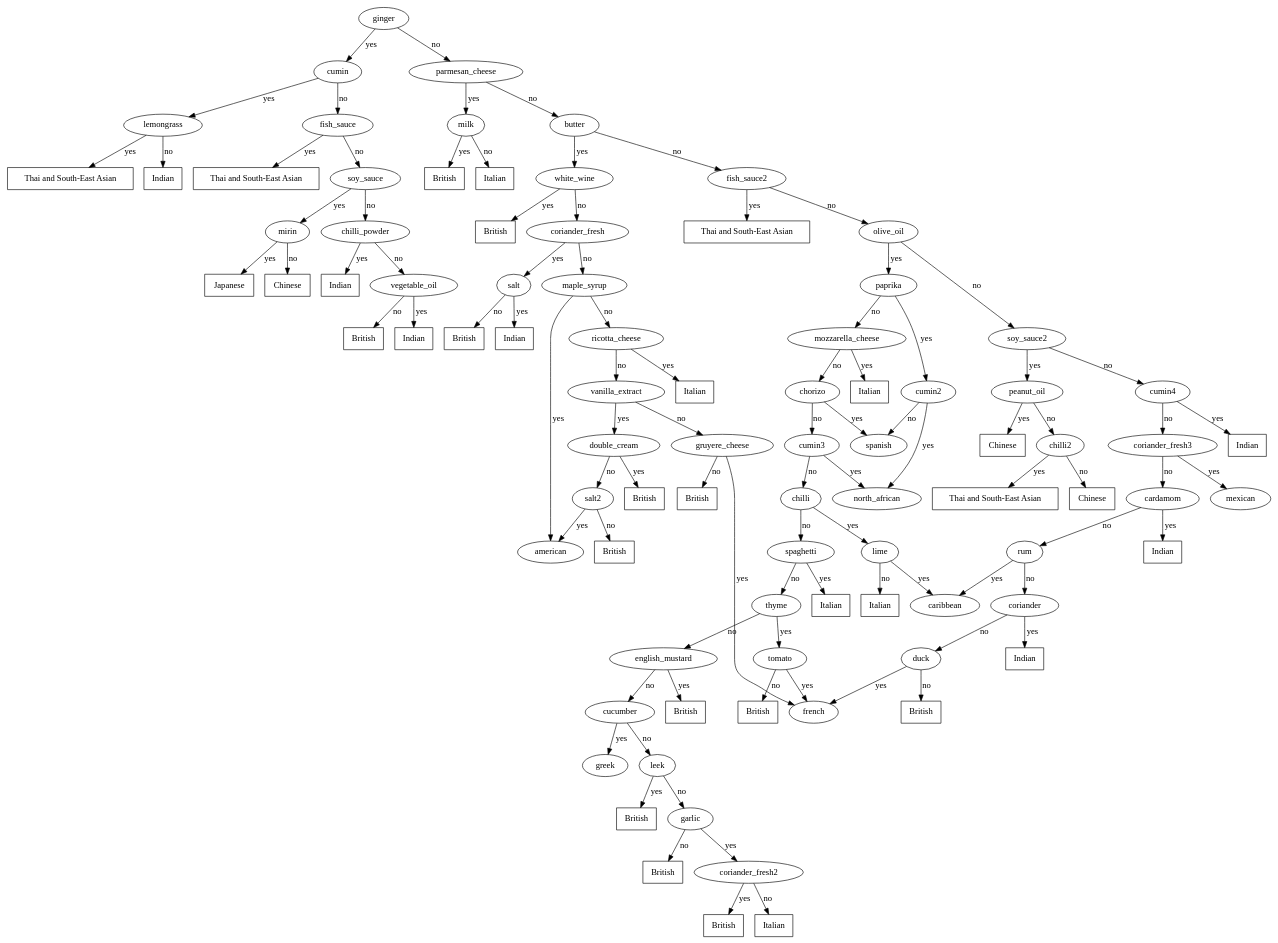
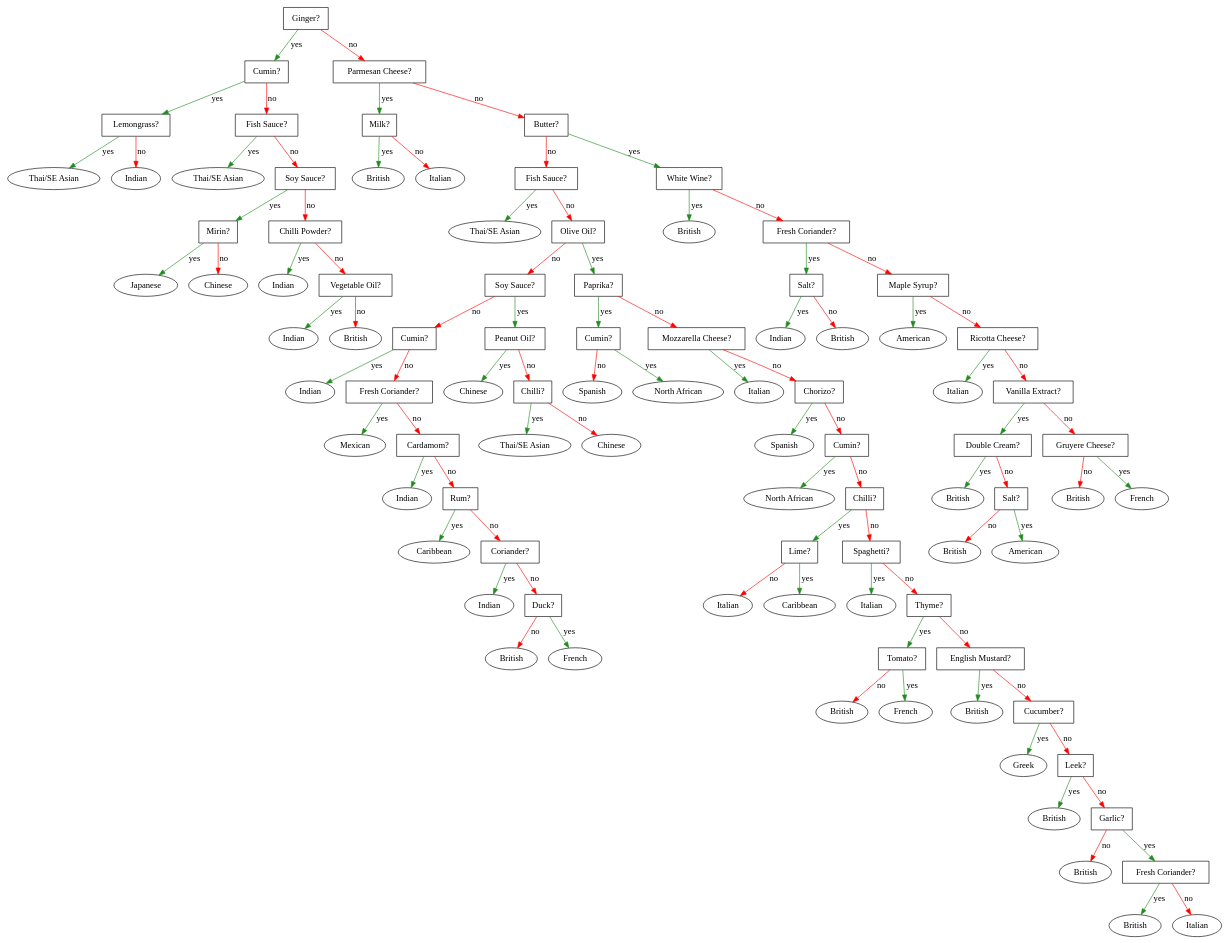
Before and after one commit to avengerpenguin/bbc-food-mining: the diagram in src/dot/cart.dot, drawn with Graphviz. The commit also changed 1 other file, not shown here.

Commit message:
Included CART decision tree output graph in document, but the placement needs sorting.

```diff
--- a/src/dot/cart.dot
+++ b/src/dot/cart.dot
@@ -1,135 +1,202 @@
 digraph tree {
 
-thai_and_south_east_asian01 [label="Thai and South-East Asian",shape=rectangle]
-thai_and_south_east_asian02 [label="Thai and South-East Asian",shape=rectangle]
-thai_and_south_east_asian03 [label="Thai and South-East Asian",shape=rectangle]
-thai_and_south_east_asian04 [label="Thai and South-East Asian",shape=rectangle]
+thai_and_south_east_asian01 [label="Thai/SE Asian",shape=oval]
+thai_and_south_east_asian02 [label="Thai/SE Asian",shape=oval]
+thai_and_south_east_asian03 [label="Thai/SE Asian",shape=oval]
+thai_and_south_east_asian04 [label="Thai/SE Asian",shape=oval]
 
-indian01 [label="Indian",shape=rectangle]
-indian02 [label="Indian",shape=rectangle]
-indian03 [label="Indian",shape=rectangle]
-indian04 [label="Indian",shape=rectangle]
-indian05 [label="Indian",shape=rectangle]
-indian06 [label="Indian",shape=rectangle]
-indian07 [label="Indian",shape=rectangle]
+indian01 [label="Indian",shape=oval]
+indian02 [label="Indian",shape=oval]
+indian03 [label="Indian",shape=oval]
+indian04 [label="Indian",shape=oval]
+indian05 [label="Indian",shape=oval]
+indian06 [label="Indian",shape=oval]
+indian07 [label="Indian",shape=oval]
 
-japanese [label=Japanese,shape=rectangle]
+japanese [label=Japanese,shape=oval]
 
-chinese01 [label=Chinese,shape=rectangle]
-chinese02 [label=Chinese,shape=rectangle]
-chinese03 [label=Chinese,shape=rectangle]
+greek [label=Greek,shape=oval]
 
-british01 [label=British,shape=rectangle]
-british02 [label=British,shape=rectangle]
-british03 [label=British,shape=rectangle]
-british04 [label=British,shape=rectangle]
-british05 [label=British,shape=rectangle]
-british06 [label=British,shape=rectangle]
-british07 [label=British,shape=rectangle]
-british08 [label=British,shape=rectangle]
-british09 [label=British,shape=rectangle]
-british10 [label=British,shape=rectangle]
-british11 [label=British,shape=rectangle]
-british12 [label=British,shape=rectangle]
-british13 [label=British,shape=rectangle]
+mexican [label=Mexican,shape=oval]
 
-italian01 [label=Italian,shape=rectangle]
-italian02 [label=Italian,shape=rectangle]
-italian03 [label=Italian,shape=rectangle]
-italian04 [label=Italian,shape=rectangle]
-italian05 [label=Italian,shape=rectangle]
-italian06 [label=Italian,shape=rectangle]
+chinese01 [label=Chinese,shape=oval]
+chinese02 [label=Chinese,shape=oval]
+chinese03 [label=Chinese,shape=oval]
 
-ginger -> cumin [label=yes]
-  cumin -> lemongrass [label=yes]
-    lemongrass -> thai_and_south_east_asian01 [label=yes]
-    lemongrass -> indian01 [label=no]
-  cumin -> fish_sauce [label=no]
-    fish_sauce -> thai_and_south_east_asian02 [label=yes]
-    fish_sauce -> soy_sauce [label=no]
-      soy_sauce -> mirin [label=yes]
-        mirin -> japanese [label=yes]
-        mirin -> chinese01 [label=no]
-      soy_sauce -> chilli_powder [label=no]
-        chilli_powder -> indian02 [label=yes]
-        chilli_powder -> vegetable_oil [label=no]
-          vegetable_oil -> indian03 [label=yes]
-          vegetable_oil -> british01 [label=no]
-ginger -> parmesan_cheese [label=no]
-  parmesan_cheese -> milk [label=yes]
-    milk -> british02 [label=yes]
-    milk -> italian01 [label=no]
-  parmesan_cheese -> butter [label=no]
-    butter -> white_wine [label=yes]
-      white_wine -> british03 [label=yes]
-      white_wine -> coriander_fresh [label=no]
-        coriander_fresh -> salt [label=yes]
-          salt -> indian04 [label=yes]
-          salt -> british04 [label=no]
-        coriander_fresh -> maple_syrup [label=no]
-          maple_syrup -> american [label=yes]
-          maple_syrup -> ricotta_cheese [label=no]
-            ricotta_cheese -> italian02 [label=yes]
-            ricotta_cheese -> vanilla_extract [label=no]
-              vanilla_extract -> double_cream [label=yes]
-                double_cream -> british05 [label=yes]
-                double_cream -> salt2 [label=no]
-                  salt2 -> american [label=yes]
-                  salt2 -> british06 [label=no]
-              vanilla_extract -> gruyere_cheese [label=no]
-                gruyere_cheese -> french [label=yes]
-                gruyere_cheese -> british07 [label=no]
-    butter -> fish_sauce2 [label=no]
-      fish_sauce2 -> thai_and_south_east_asian03 [label=yes]
-      fish_sauce2 -> olive_oil [label=no]
-        olive_oil -> paprika [label=yes]
-          paprika -> cumin2 [label=yes]
-            cumin2 -> north_african [label=yes]
-            cumin2 -> spanish [label=no]
-          paprika -> mozzarella_cheese [label=no]
-            mozzarella_cheese -> italian03 [label=yes]
-            mozzarella_cheese -> chorizo [label=no]
-              chorizo -> spanish [label=yes]
-              chorizo -> cumin3 [label=no]
-                cumin3 -> north_african [label=yes]
-                cumin3 -> chilli [label=no]
-                  chilli -> lime [label=yes]
-                    lime -> caribbean [label=yes]
-                    lime -> italian04 [label=no]
-                  chilli -> spaghetti [label=no]
-                    spaghetti -> italian05 [label=yes]
-                    spaghetti -> thyme [label=no]
-                      thyme -> tomato [label=yes]
-                        tomato -> french [label=yes]
-                        tomato -> british08 [label=no]
-                      thyme -> english_mustard [label=no]
-                        english_mustard -> british09 [label=yes]
-                        english_mustard -> cucumber [label=no]
-                          cucumber -> greek [label=yes]
-                          cucumber -> leek [label=no]
-                            leek -> british10 [label=yes]
-                            leek -> garlic [label=no]
-                              garlic -> coriander_fresh2 [label=yes]
-                                coriander_fresh2 -> british11 [label=yes]
-                                coriander_fresh2 -> italian06 [label=no]
-                              garlic -> british12 [label=no]
-        olive_oil -> soy_sauce2 [label=no]
-          soy_sauce2 -> peanut_oil [label=yes]
-            peanut_oil -> chinese02 [label=yes]
-            peanut_oil -> chilli2 [label=no]
-              chilli2 -> thai_and_south_east_asian04 [label=yes]
-              chilli2 -> chinese03 [label=no]
-          soy_sauce2 -> cumin4 [label=no]
-            cumin4 -> indian05 [label=yes]
-            cumin4 -> coriander_fresh3 [label=no]
-              coriander_fresh3 -> mexican [label=yes]
-              coriander_fresh3 -> cardamom [label=no]
-                cardamom -> indian06[label=yes]
-                cardamom -> rum [label=no]
-                  rum -> caribbean [label=yes]
-                  rum -> coriander [label=no]
-                    coriander -> indian07 [label=yes]
-                    coriander -> duck [label=no]
-                      duck -> french [label=yes]
-                      duck -> british13 [label=no]
+british01 [label=British,shape=oval]
+british02 [label=British,shape=oval]
+british03 [label=British,shape=oval]
+british04 [label=British,shape=oval]
+british05 [label=British,shape=oval]
+british06 [label=British,shape=oval]
+british07 [label=British,shape=oval]
+british08 [label=British,shape=oval]
+british09 [label=British,shape=oval]
+british10 [label=British,shape=oval]
+british11 [label=British,shape=oval]
+british12 [label=British,shape=oval]
+british13 [label=British,shape=oval]
+
+italian01 [label=Italian,shape=oval]
+italian02 [label=Italian,shape=oval]
+italian03 [label=Italian,shape=oval]
+italian04 [label=Italian,shape=oval]
+italian05 [label=Italian,shape=oval]
+italian06 [label=Italian,shape=oval]
+
+french01 [label=French,shape=oval]
+french02 [label=French,shape=oval]
+french03 [label=French,shape=oval]
+
+american01 [label=American,shape=oval]
+american02 [label=American,shape=oval]
+
+caribbean01 [label=Caribbean,shape=oval]
+caribbean02 [label=Caribbean,shape=oval]
+
+spanish01 [label=Spanish,shape=oval]
+spanish02 [label=Spanish,shape=oval]
+
+north_african01 [label="North African",shape=oval]
+north_african02 [label="North African",shape=oval]
+
+cumin [label="Cumin?",shape=rectangle]
+cumin2 [label="Cumin?",shape=rectangle]
+cumin3 [label="Cumin?",shape=rectangle]
+cumin4 [label="Cumin?",shape=rectangle]
+ginger [label="Ginger?",shape=rectangle]
+lemongrass [label="Lemongrass?",shape=rectangle]
+fish_sauce [label="Fish Sauce?",shape=rectangle]
+fish_sauce2 [label="Fish Sauce?",shape=rectangle]
+soy_sauce [label="Soy Sauce?",shape=rectangle]
+soy_sauce2 [label="Soy Sauce?",shape=rectangle]
+mirin [label="Mirin?",shape=rectangle]
+chilli_powder [label="Chilli Powder?",shape=rectangle]
+vegetable_oil [label="Vegetable Oil?",shape=rectangle]
+parmesan_cheese [label="Parmesan Cheese?",shape=rectangle]
+milk [label="Milk?",shape=rectangle]
+butter [label="Butter?",shape=rectangle]
+white_wine [label="White Wine?",shape=rectangle]
+coriander_fresh [label="Fresh Coriander?",shape=rectangle]
+coriander_fresh2 [label="Fresh Coriander?",shape=rectangle]
+coriander_fresh3 [label="Fresh Coriander?",shape=rectangle]
+salt [label="Salt?",shape=rectangle]
+salt2 [label="Salt?",shape=rectangle]
+maple_syrup [label="Maple Syrup?",shape=rectangle]
+ricotta_cheese [label="Ricotta Cheese?",shape=rectangle]
+vanilla_extract [label="Vanilla Extract?",shape=rectangle]
+double_cream [label="Double Cream?",shape=rectangle]
+gruyere_cheese [label="Gruyere Cheese?",shape=rectangle]
+olive_oil [label="Olive Oil?",shape=rectangle]
+paprika [label="Paprika?",shape=rectangle]
+mozzarella_cheese [label="Mozzarella Cheese?",shape=rectangle]
+chorizo [label="Chorizo?",shape=rectangle]
+chilli [label="Chilli?",shape=rectangle]
+chilli2 [label="Chilli?",shape=rectangle]
+lime [label="Lime?",shape=rectangle]
+spaghetti [label="Spaghetti?",shape=rectangle]
+thyme [label="Thyme?",shape=rectangle]
+tomato [label="Tomato?",shape=rectangle]
+english_mustard [label="English Mustard?",shape=rectangle]
+cucumber [label="Cucumber?",shape=rectangle]
+leek [label="Leek?",shape=rectangle]
+garlic [label="Garlic?",shape=rectangle]
+peanut_oil [label="Peanut Oil?",shape=rectangle]
+rum [label="Rum?",shape=rectangle]
+coriander [label="Coriander?",shape=rectangle]
+cardamom [label="Cardamom?",shape=rectangle]
+duck [label="Duck?",shape=rectangle]
+
+ginger -> cumin [label=yes,color=forestgreen]
+  cumin -> lemongrass [label=yes,color=forestgreen]
+    lemongrass -> thai_and_south_east_asian01 [label=yes,color=forestgreen]
+    lemongrass -> indian01 [label=no,color=red]
+  cumin -> fish_sauce [label=no,color=red]
+    fish_sauce -> thai_and_south_east_asian02 [label=yes,color=forestgreen]
+    fish_sauce -> soy_sauce [label=no,color=red]
+      soy_sauce -> mirin [label=yes,color=forestgreen]
+        mirin -> japanese [label=yes,color=forestgreen]
+        mirin -> chinese01 [label=no,color=red]
+      soy_sauce -> chilli_powder [label=no,color=red]
+        chilli_powder -> indian02 [label=yes,color=forestgreen]
+        chilli_powder -> vegetable_oil [label=no,color=red]
+          vegetable_oil -> indian03 [label=yes,color=forestgreen]
+          vegetable_oil -> british01 [label=no,color=red]
+ginger -> parmesan_cheese [label=no,color=red]
+  parmesan_cheese -> milk [label=yes,color=forestgreen]
+    milk -> british02 [label=yes,color=forestgreen]
+    milk -> italian01 [label=no,color=red]
+  parmesan_cheese -> butter [label=no,color=red]
+    butter -> white_wine [label=yes,color=forestgreen]
+      white_wine -> british03 [label=yes,color=forestgreen]
+      white_wine -> coriander_fresh [label=no,color=red]
+        coriander_fresh -> salt [label=yes,color=forestgreen]
+          salt -> indian04 [label=yes,color=forestgreen]
+          salt -> british04 [label=no,color=red]
+        coriander_fresh -> maple_syrup [label=no,color=red]
+          maple_syrup -> american01 [label=yes,color=forestgreen]
+          maple_syrup -> ricotta_cheese [label=no,color=red]
+            ricotta_cheese -> italian02 [label=yes,color=forestgreen]
+            ricotta_cheese -> vanilla_extract [label=no,color=red]
+              vanilla_extract -> double_cream [label=yes,color=forestgreen]
+                double_cream -> british05 [label=yes,color=forestgreen]
+                double_cream -> salt2 [label=no,color=red]
+                  salt2 -> american02 [label=yes,color=forestgreen]
+                  salt2 -> british06 [label=no,color=red]
+              vanilla_extract -> gruyere_cheese [label=no,color=red]
+                gruyere_cheese -> french01 [label=yes,color=forestgreen]
+                gruyere_cheese -> british07 [label=no,color=red]
+    butter -> fish_sauce2 [label=no,color=red]
+      fish_sauce2 -> thai_and_south_east_asian03 [label=yes,color=forestgreen]
+      fish_sauce2 -> olive_oil [label=no,color=red]
+        olive_oil -> paprika [label=yes,color=forestgreen]
+          paprika -> cumin2 [label=yes,color=forestgreen]
+            cumin2 -> north_african01 [label=yes,color=forestgreen]
+            cumin2 -> spanish01 [label=no,color=red]
+          paprika -> mozzarella_cheese [label=no,color=red]
+            mozzarella_cheese -> italian03 [label=yes,color=forestgreen]
+            mozzarella_cheese -> chorizo [label=no,color=red]
+              chorizo -> spanish02 [label=yes,color=forestgreen]
+              chorizo -> cumin3 [label=no,color=red]
+                cumin3 -> north_african02 [label=yes,color=forestgreen]
+                cumin3 -> chilli [label=no,color=red]
+                  chilli -> lime [label=yes,color=forestgreen]
+                    lime -> caribbean01 [label=yes,color=forestgreen]
+                    lime -> italian04 [label=no,color=red]
+                  chilli -> spaghetti [label=no,color=red]
+                    spaghetti -> italian05 [label=yes,color=forestgreen]
+                    spaghetti -> thyme [label=no,color=red]
+                      thyme -> tomato [label=yes,color=forestgreen]
+                        tomato -> french02 [label=yes,color=forestgreen]
+                        tomato -> british08 [label=no,color=red]
+                      thyme -> english_mustard [label=no,color=red]
+                        english_mustard -> british09 [label=yes,color=forestgreen]
+                        english_mustard -> cucumber [label=no,color=red]
+                          cucumber -> greek [label=yes,color=forestgreen]
+                          cucumber -> leek [label=no,color=red]
+                            leek -> british10 [label=yes,color=forestgreen]
+                            leek -> garlic [label=no,color=red]
+                              garlic -> coriander_fresh2 [label=yes,color=forestgreen]
+                                coriander_fresh2 -> british11 [label=yes,color=forestgreen]
+                                coriander_fresh2 -> italian06 [label=no,color=red]
+                              garlic -> british12 [label=no,color=red]
+        olive_oil -> soy_sauce2 [label=no,color=red]
+          soy_sauce2 -> peanut_oil [label=yes,color=forestgreen]
+            peanut_oil -> chinese02 [label=yes,color=forestgreen]
+            peanut_oil -> chilli2 [label=no,color=red]
+              chilli2 -> thai_and_south_east_asian04 [label=yes,color=forestgreen]
+              chilli2 -> chinese03 [label=no,color=red]
+          soy_sauce2 -> cumin4 [label=no,color=red]
+            cumin4 -> indian05 [label=yes,color=forestgreen]
+            cumin4 -> coriander_fresh3 [label=no,color=red]
+              coriander_fresh3 -> mexican [label=yes,color=forestgreen]
+              coriander_fresh3 -> cardamom [label=no,color=red]
+                cardamom -> indian06[label=yes,color=forestgreen]
+                cardamom -> rum [label=no,color=red]
+                  rum -> caribbean02 [label=yes,color=forestgreen]
+                  rum -> coriander [label=no,color=red]
+                    coriander -> indian07 [label=yes,color=forestgreen]
+                    coriander -> duck [label=no,color=red]
+                      duck -> french03 [label=yes,color=forestgreen]
+                      duck -> british13 [label=no,color=red]
 }
```
